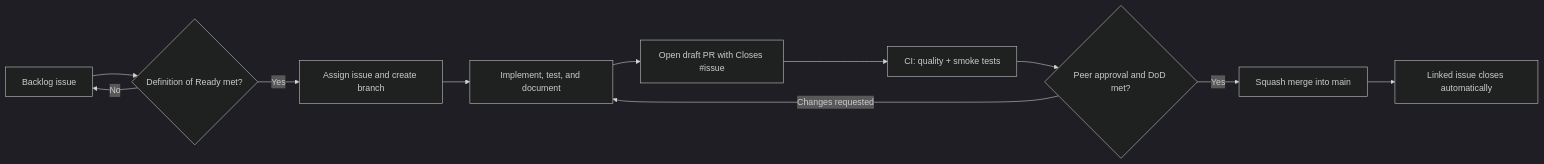
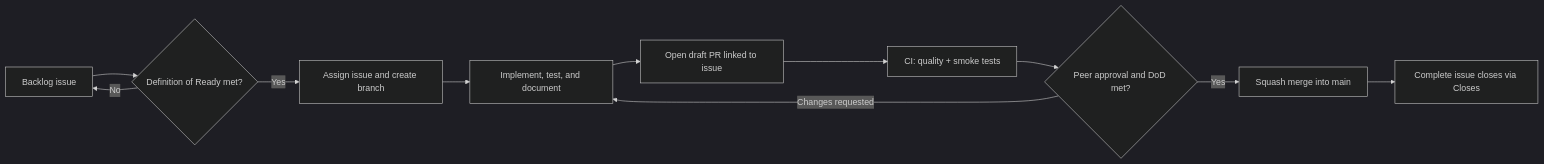
Before and after one commit to 1BlauNitrox/mle-final-project: the diagram in README.md, drawn with Mermaid (dark theme). The commit also changed other lines of this file and 10 other files, not shown here.

````diff
--- a/README.md
+++ b/README.md
@@ -135,13 +135,13 @@
 ```mermaid
 flowchart LR
     A["Backlog issue"] --> B{"Definition of Ready met?"}
     B -- "No" --> A
     B -- "Yes" --> C["Assign issue and create branch"]
     C --> D["Implement, test, and document"]
-    D --> E["Open draft PR with Closes #issue"]
+    D --> E["Open draft PR linked to issue"]
     E --> F["CI: quality + smoke tests"]
     F --> G{"Peer approval and DoD met?"}
     G -- "Changes requested" --> D
     G -- "Yes" --> H["Squash merge into main"]
-    H --> I["Linked issue closes automatically"]
+    H --> I["Complete issue closes via Closes"]
 ```
````
